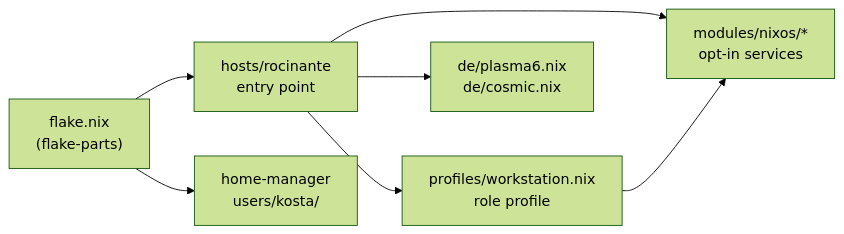
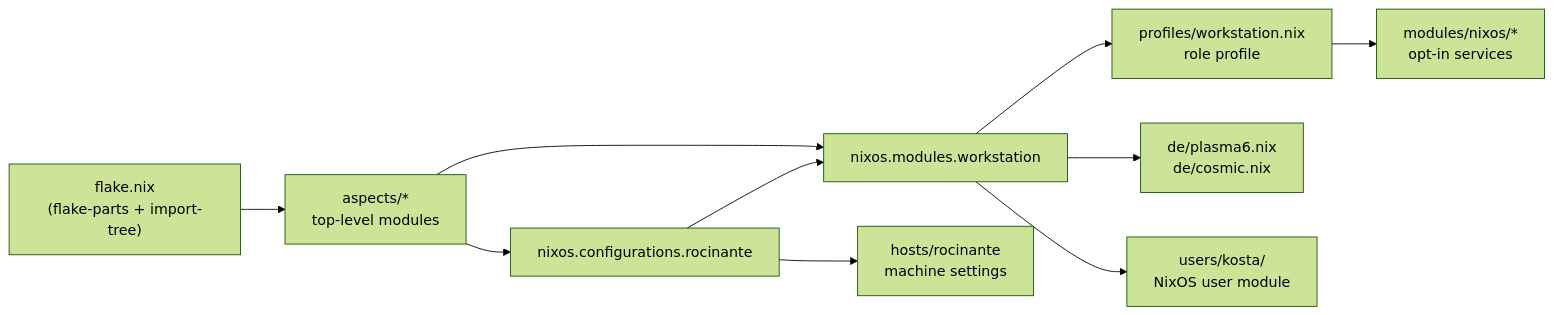
Before and after one commit to KostaGorod/nix-config: the first of 2 diagrams in docs/ARCHITECTURE.md, drawn with Mermaid (forest theme). The commit also changed other lines of this file and 24 other files, not shown here.

Commit message:
refactor(nix): adopt dendritic flake composition

````diff
--- a/docs/ARCHITECTURE.md
+++ b/docs/ARCHITECTURE.md
@@ -9,16 +10,22 @@
 ```mermaid
 flowchart LR
-  flake["flake.nix<br/>(flake-parts)"]
-  host["hosts/rocinante<br/>entry point"]
+  flake["flake.nix<br/>(flake-parts + import-tree)"]
+  aspects["aspects/*<br/>top-level modules"]
+  host["nixos.configurations.rocinante"]
+  workstation["nixos.modules.workstation"]
+  machine["hosts/rocinante<br/>machine settings"]
   prof["profiles/workstation.nix<br/>role profile"]
   de["de/plasma6.nix<br/>de/cosmic.nix"]
   mods["modules/nixos/*<br/>opt-in services"]
-  hm["home-manager<br/>users/kosta/"]
+  user["users/kosta/<br/>NixOS user module"]
 
-  flake --> host
-  host --> prof
-  host --> de
-  host --> mods
-  flake --> hm
+  flake --> aspects
+  aspects --> host
+  aspects --> workstation
+  host --> workstation
+  host --> machine
+  workstation --> prof
+  workstation --> de
+  workstation --> user
   prof --> mods
 ```
````
